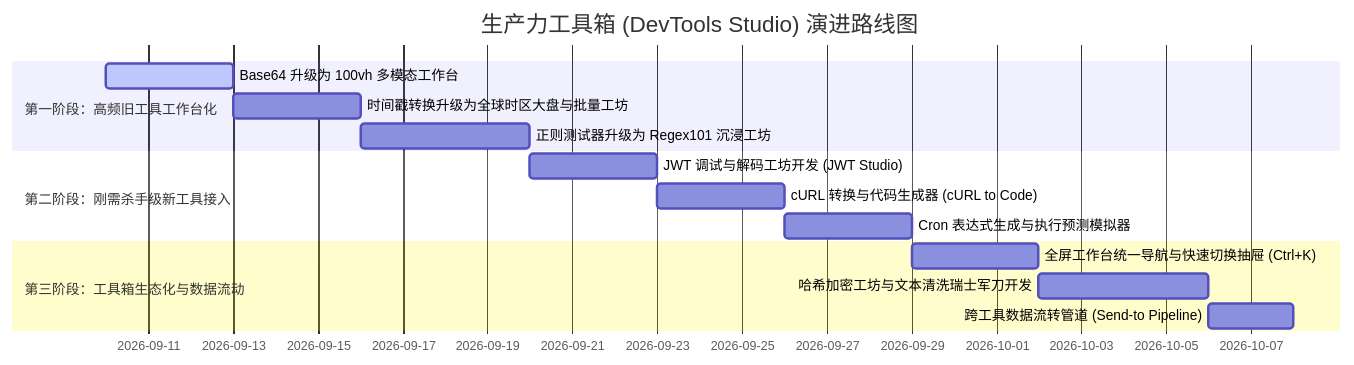
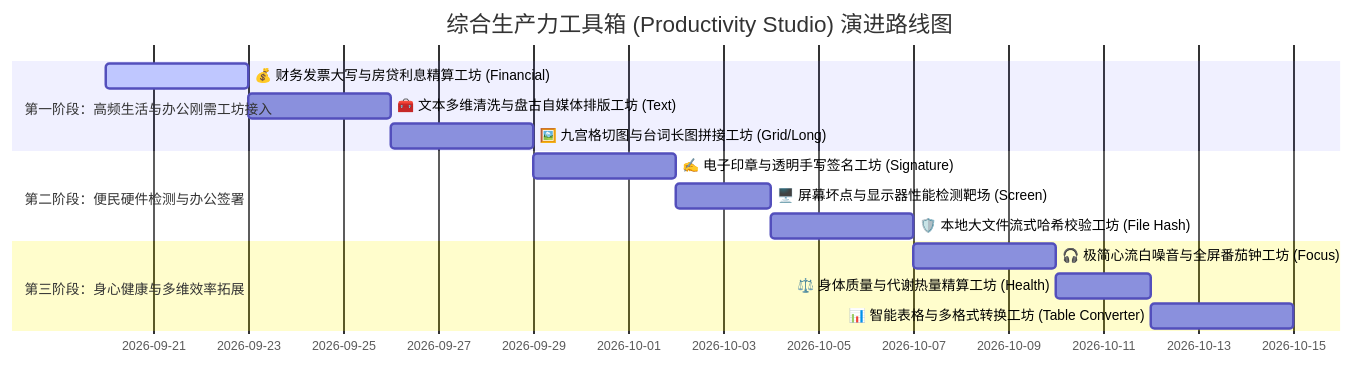
One commit to oyxjG/cf-pages-test changed the second of 2 diagrams in docs/tools_workbench_upgrade_plan.md. Above: the diagram before and after it, drawn with Mermaid. The commit also changed other lines of this file and 4 other files, not shown here.

````diff
--- a/docs/tools_workbench_upgrade_plan.md
+++ b/docs/tools_workbench_upgrade_plan.md
@@ -204,17 +287,17 @@
 ```mermaid
 gantt
-    title 生产力工具箱 (DevTools Studio) 演进路线图
+    title 综合生产力工具箱 (Productivity Studio) 演进路线图
     dateFormat  YYYY-MM-DD
-    section 第一阶段：高频旧工具工作台化
-    Base64 升级为 100vh 多模态工作台        :active, p1_1, 2026-09-10, 3d
-    时间戳转换升级为全球时区大盘与批量工坊   :p1_2, after p1_1, 3d
-    正则测试器升级为 Regex101 沉浸工坊      :p1_3, after p1_2, 4d
-    section 第二阶段：刚需杀手级新工具接入
-    JWT 调试与解码工坊开发 (JWT Studio)     :p2_1, after p1_3, 3d
-    cURL 转换与代码生成器 (cURL to Code)   :p2_2, after p2_1, 3d
-    Cron 表达式生成与执行预测模拟器        :p2_3, after p2_2, 3d
-    section 第三阶段：工具箱生态化与数据流动
-    全屏工作台统一导航与快速切换抽屉 (Ctrl+K) :p3_1, after p2_3, 3d
-    哈希加密工坊与文本清洗瑞士军刀开发       :p3_2, after p3_1, 4d
-    跨工具数据流转管道 (Send-to Pipeline)   :p3_3, after p3_2, 2d
+    section 第一阶段：高频生活与办公刚需工坊接入
+    💰 财务发票大写与房贷利息精算工坊 (Financial)  :active, p1_1, 2026-09-20, 3d
+    🧰 文本多维清洗与盘古自媒体排版工坊 (Text)    :p1_2, after p1_1, 3d
+    🖼️ 九宫格切图与台词长图拼接工坊 (Grid/Long)     :p1_3, after p1_2, 3d
+    section 第二阶段：便民硬件检测与办公签署
+    ✍️ 电子印章与透明手写签名工坊 (Signature)    :p2_1, after p1_3, 3d
+    🖥️ 屏幕坏点与显示器性能检测靶场 (Screen)      :p2_2, after p2_1, 2d
+    🛡️ 本地大文件流式哈希校验工坊 (File Hash)      :p2_3, after p2_2, 3d
+    section 第三阶段：身心健康与多维效率拓展
+    🎧 极简心流白噪音与全屏番茄钟工坊 (Focus)      :p3_1, after p2_3, 3d
+    ⚖️ 身体质量与代谢热量精算工坊 (Health)         :p3_2, after p3_1, 2d
+    📊 智能表格与多格式转换工坊 (Table Converter)  :p3_3, after p3_2, 3d
 ```
````
